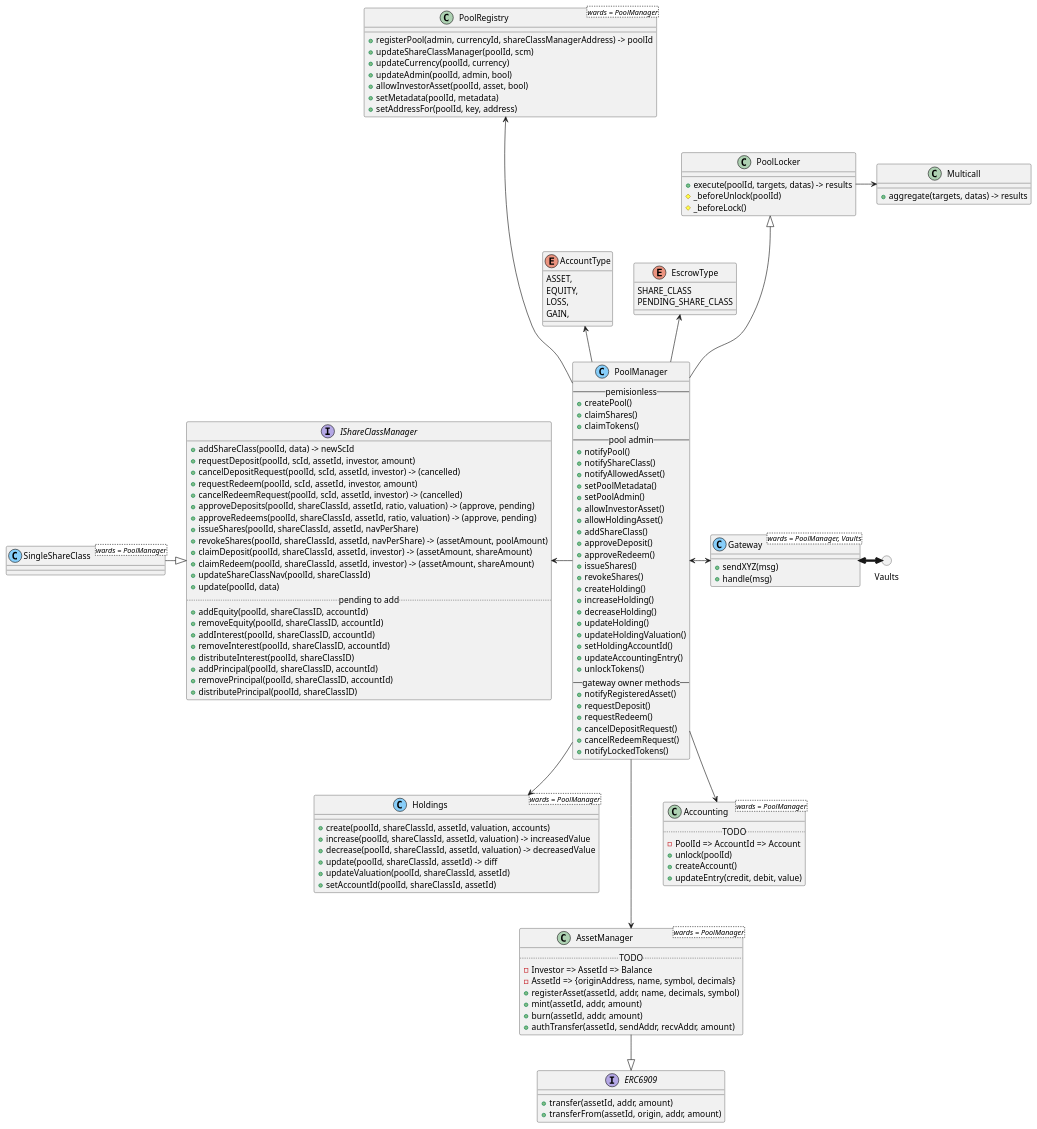
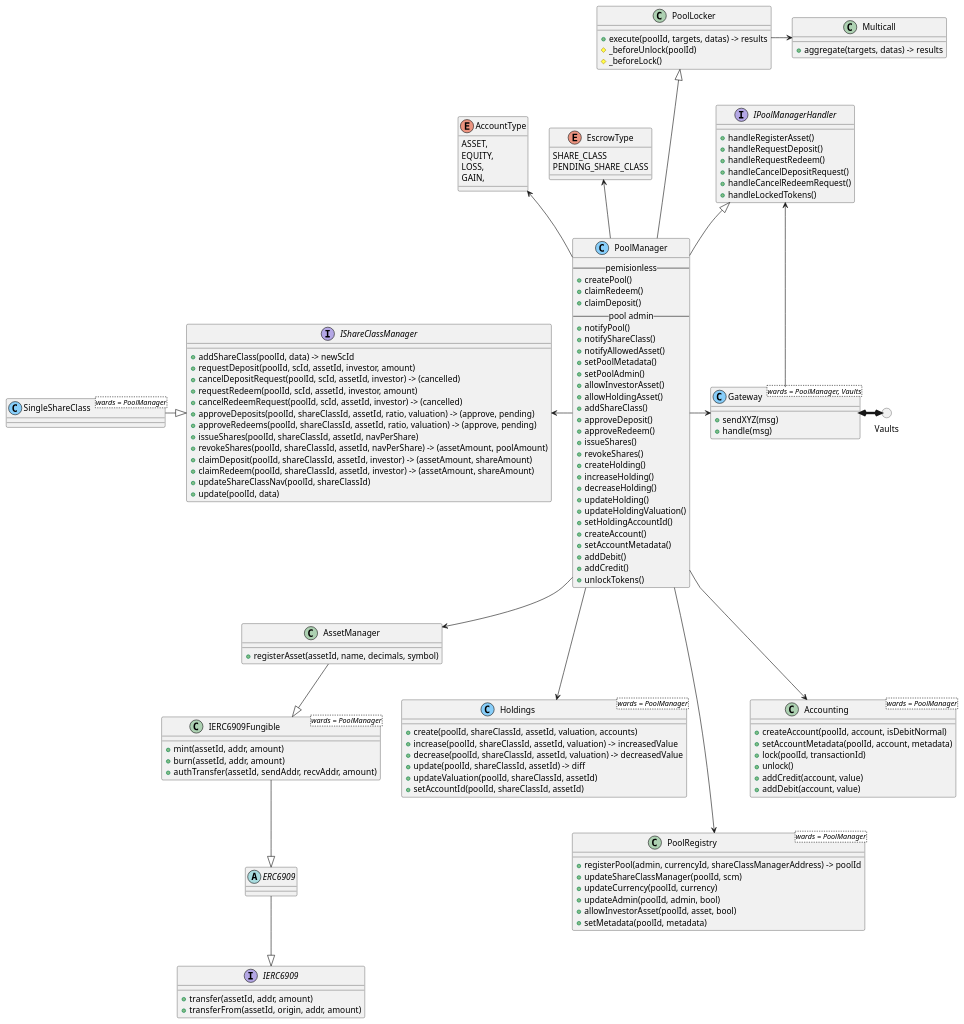
One commit to centrifuge/protocol changed the diagram in docs/contract-diagram.puml. Above: the diagram before and after it, drawn with PlantUML.

Commit message:
update diagram

```diff
--- a/docs/contract-diagram.puml
+++ b/docs/contract-diagram.puml
@@ -1,151 +1,156 @@
 @startuml
 circle Vaults
 
-interface ERC6909 {
+interface IERC6909 {
     + transfer(assetId, addr, amount)
     + transferFrom(assetId, origin, addr, amount)
 }
+
+abstract ERC6909 { }
+
+ERC6909 --|> IERC6909
+
+class IERC6909Fungible<wards = PoolManager> {
+    + mint(assetId, addr, amount)
+    + burn(assetId, addr, amount)
+    + authTransfer(assetId, sendAddr, recvAddr, amount)
+}
+
+IERC6909Fungible --|> ERC6909
+
+class AssetManager {
+    + registerAsset(assetId, name, decimals, symbol)
+}
+
+AssetManager --|> IERC6909Fungible
 
 class Holdings<wards = PoolManager> <<(C, lightskyblue)>> {
     + create(poolId, shareClassId, assetId, valuation, accounts)
     + increase(poolId, shareClassId, assetId, valuation) -> increasedValue
     + decrease(poolId, shareClassId, assetId, valuation) -> decreasedValue
     + update(poolId, shareClassId, assetId) -> diff
     + updateValuation(poolId, shareClassId, assetId)
     + setAccountId(poolId, shareClassId, assetId)
 }
 
-class AssetManager<wards = PoolManager> {
-    .. TODO ..
-    - Investor => AssetId => Balance
-    - AssetId => {originAddress, name, symbol, decimals}
-    + registerAsset(assetId, addr, name, decimals, symbol)
-    + mint(assetId, addr, amount)
-    + burn(assetId, addr, amount)
-    + authTransfer(assetId, sendAddr, recvAddr, amount)
-}
-AssetManager --|> ERC6909
-
 class PoolRegistry<wards = PoolManager> {
     + registerPool(admin, currencyId, shareClassManagerAddress) -> poolId
     + updateShareClassManager(poolId, scm)
     + updateCurrency(poolId, currency)
     + updateAdmin(poolId, admin, bool)
     + allowInvestorAsset(poolId, asset, bool)
     + setMetadata(poolId, metadata)
-    + setAddressFor(poolId, key, address)
 }
 
 interface IShareClassManager {
     + addShareClass(poolId, data) -> newScId
     + requestDeposit(poolId, scId, assetId, investor, amount)
     + cancelDepositRequest(poolId, scId, assetId, investor) -> (cancelled)
     + requestRedeem(poolId, scId, assetId, investor, amount)
     + cancelRedeemRequest(poolId, scId, assetId, investor) -> (cancelled)
     + approveDeposits(poolId, shareClassId, assetId, ratio, valuation) -> (approve, pending)
     + approveRedeems(poolId, shareClassId, assetId, ratio, valuation) -> (approve, pending)
     + issueShares(poolId, shareClassId, assetId, navPerShare)
     + revokeShares(poolId, shareClassId, assetId, navPerShare) -> (assetAmount, poolAmount)
     + claimDeposit(poolId, shareClassId, assetId, investor) -> (assetAmount, shareAmount)
     + claimRedeem(poolId, shareClassId, assetId, investor) -> (assetAmount, shareAmount)
     + updateShareClassNav(poolId, shareClassId)
     + update(poolId, data)
-    .. pending to add ..
-    + addEquity(poolId, shareClassID, accountId)
-    + removeEquity(poolId, shareClassID, accountId)
-    + addInterest(poolId, shareClassID, accountId)
-    + removeInterest(poolId, shareClassID, accountId)
-    + distributeInterest(poolId, shareClassID)
-    + addPrincipal(poolId, shareClassID, accountId)
-    + removePrincipal(poolId, shareClassID, accountId)
-    + distributePrincipal(poolId, shareClassID)
 }
 
 class SingleShareClass<wards = PoolManager> <<(C, lightskyblue)>>{ }
 SingleShareClass -down|> IShareClassManager
 
 class Accounting<wards = PoolManager> {
-    .. TODO ..
-    - PoolId => AccountId => Account
-    + unlock(poolId)
-    + createAccount()
-    + updateEntry(credit, debit, value)
+    + createAccount(poolId, account, isDebitNormal)
+    + setAccountMetadata(poolId, account, metadata)
+    + lock(poolId, transactionId)
+    + unlock()
+    + addCredit(account, value)
+    + addDebit(account, value)
 }
 
 class Multicall {
     + aggregate(targets, datas) -> results
 }
 
 class PoolLocker {
     + execute(poolId, targets, datas) -> results
     # _beforeUnlock(poolId)
     # _beforeLock()
 }
 
 PoolLocker -right-> Multicall
 
 enum EscrowType {
     SHARE_CLASS
     PENDING_SHARE_CLASS
 }
 
 enum AccountType {
     ASSET,
     EQUITY,
     LOSS,
     GAIN,
 }
 
+interface IPoolManagerHandler {
+    + handleRegisterAsset()
+    + handleRequestDeposit()
+    + handleRequestRedeem()
+    + handleCancelDepositRequest()
+    + handleCancelRedeemRequest()
+    + handleLockedTokens()
+}
+
 class PoolManager <<(C, lightskyblue)>> {
     -- pemisionless --
     + createPool()
-    + claimShares()
-    + claimTokens()
+    + claimRedeem()
+    + claimDeposit()
     -- pool admin --
     + notifyPool()
     + notifyShareClass()
     + notifyAllowedAsset()
     + setPoolMetadata()
     + setPoolAdmin()
     + allowInvestorAsset()
     + allowHoldingAsset()
     + addShareClass()
     + approveDeposit()
     + approveRedeem()
     + issueShares()
     + revokeShares()
     + createHolding()
     + increaseHolding()
     + decreaseHolding()
     + updateHolding()
     + updateHoldingValuation()
     + setHoldingAccountId()
-    + updateAccountingEntry()
+    + createAccount()
+    + setAccountMetadata()
+    + addDebit()
+    + addCredit()
     + unlockTokens()
-    -- gateway owner methods --
-    + notifyRegisteredAsset()
-    + requestDeposit()
-    + requestRedeem()
-    + cancelDepositRequest()
-    + cancelRedeemRequest()
-    + notifyLockedTokens()
 }
 
+PoolManager -up-|> IPoolManagerHandler
 PoolManager -up--|> PoolLocker
 PoolManager -up-> EscrowType
 PoolManager -up-> AccountType
-PoolManager -up---> PoolRegistry
+PoolManager -down---> PoolRegistry
 PoolManager -left-> IShareClassManager
-PoolManager -down->Accounting
-PoolManager -down-->AssetManager
-PoolManager -down-> Holdings
+PoolManager -down--> Accounting
+PoolManager -down-> AssetManager
+PoolManager -down--> Holdings
+PoolManager -right-> Gateway
 
 class Gateway<wards = PoolManager, Vaults> <<(C, lightskyblue)>> {
     + sendXYZ(msg)
     + handle(msg)
 }
 
 Gateway <-[thickness=4]right-> Vaults
-Gateway <-left-> PoolManager
+Gateway -up-> IPoolManagerHandler
 
 @enduml
```
